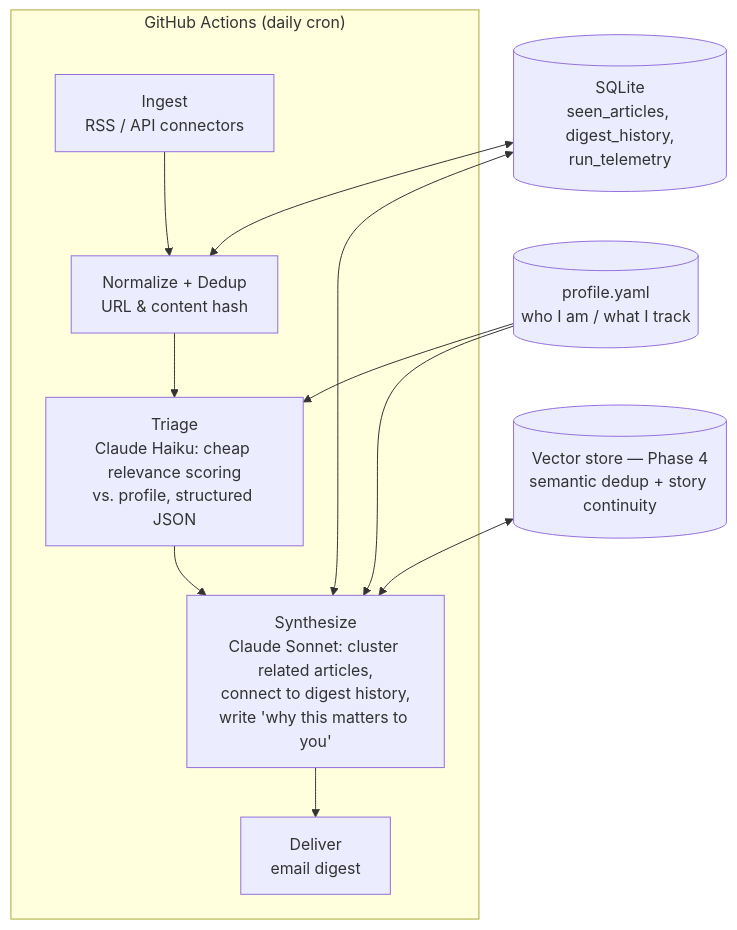
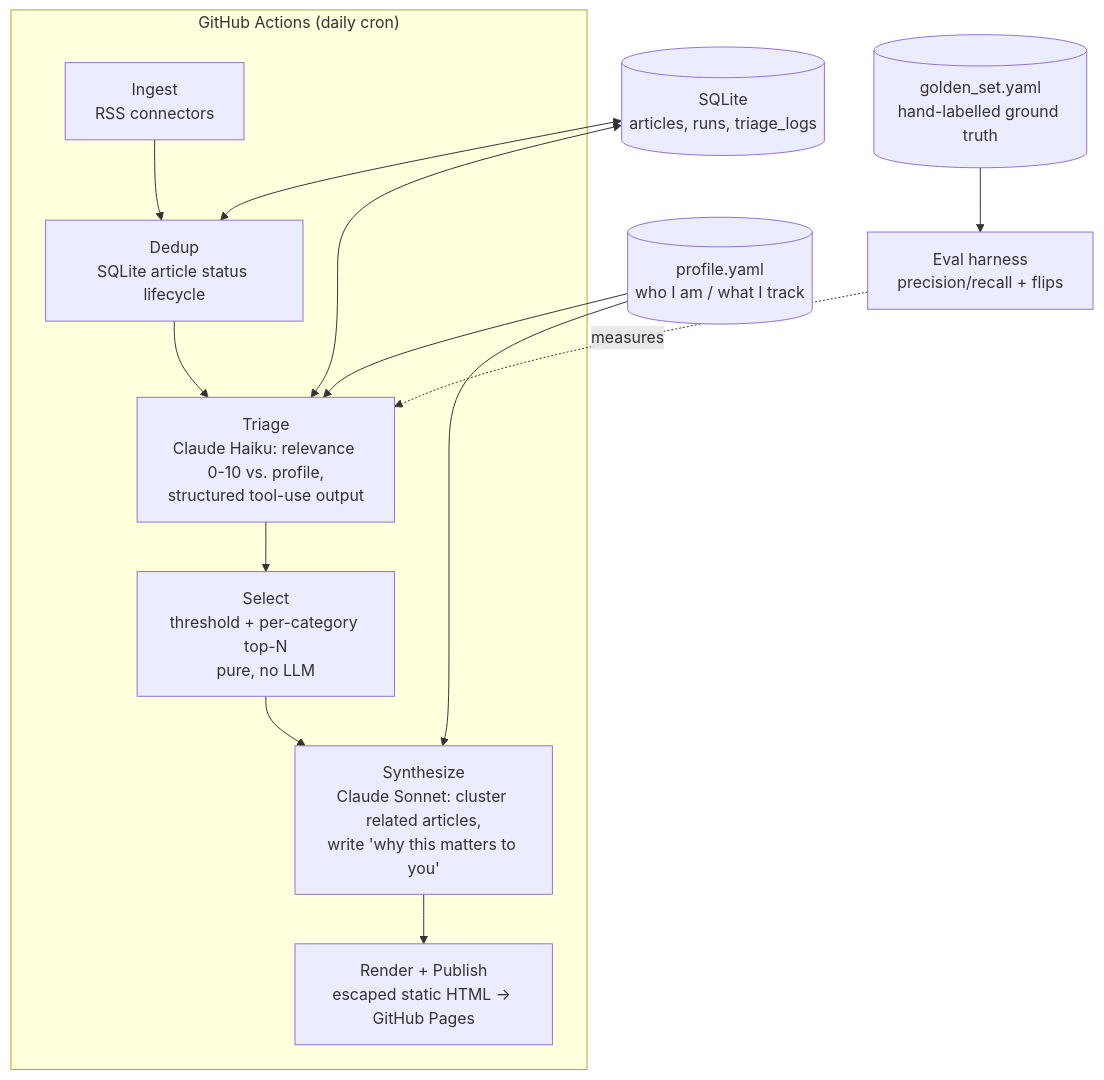
The diagram in ARCHITECTURE.md (matoship/Daily_AI_Assistant), drawn with Mermaid before and after one commit. The commit also changed other lines of this file and 2 other files, not shown here.

````diff
--- a/ARCHITECTURE.md
+++ b/ARCHITECTURE.md
@@ -23,15 +27,17 @@
 ```mermaid
 flowchart TD
     subgraph Scheduled["GitHub Actions (daily cron)"]
-        A[Ingest<br/>RSS / API connectors] --> B[Normalize + Dedup<br/>URL & content hash]
-        B --> C[Triage<br/>Claude Haiku: cheap relevance scoring<br/>vs. profile, structured JSON]
-        C --> D[Synthesize<br/>Claude Sonnet: cluster related articles,<br/>connect to digest history,<br/>write 'why this matters to you']
-        D --> E[Deliver<br/>email digest]
+        A[Ingest<br/>RSS connectors] --> B[Dedup<br/>SQLite article status lifecycle]
+        B --> C[Triage<br/>Claude Haiku: relevance 0-10 vs. profile,<br/>structured tool-use output]
+        C --> D[Select<br/>threshold + per-category top-N<br/>pure, no LLM]
+        D --> E[Synthesize<br/>Claude Sonnet: cluster related articles,<br/>write 'why this matters to you']
+        E --> F[Render + Publish<br/>escaped static HTML -> GitHub Pages]
     end
 
     P[(profile.yaml<br/>who I am / what I track)] --> C
-    P --> D
-    S[(SQLite<br/>seen_articles, digest_history,<br/>run_telemetry)] <--> B
-    S <--> D
-    V[(Vector store — Phase 4<br/>semantic dedup + story continuity)] <--> D
+    P --> E
+    S[(SQLite<br/>articles, runs, triage_logs)] <--> B
+    S <--> C
+    G[(golden_set.yaml<br/>hand-labelled ground truth)] --> EV[Eval harness<br/>precision/recall + flips]
+    EV -.measures.-> C
 ```
````
